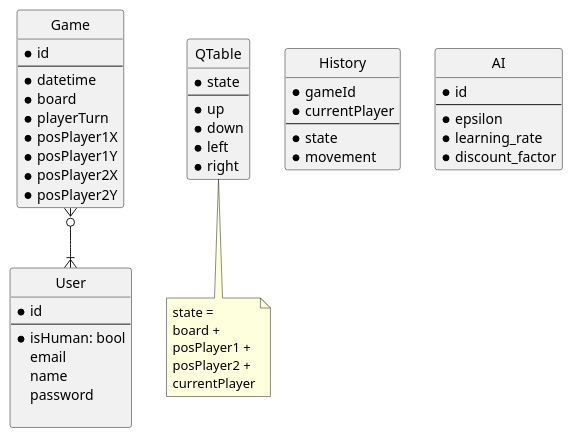
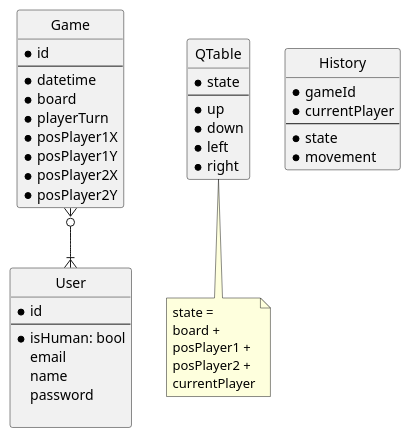
One commit to vsantele/IG3-projet-ia changed the diagram in schema/DB.puml. Above: the diagram before and after it, drawn with PlantUML.

Commit message:
remove AI table

```diff
--- a/schema/DB.puml
+++ b/schema/DB.puml
@@ -1,74 +1,67 @@
 @startuml database
 
 hide circle
 
 entity Game{
     *id
     --
     *datetime
     *board
     *playerTurn
     *posPlayer1X
     *posPlayer1Y
     *posPlayer2X
     *posPlayer2Y
 }
 
 
 entity User{
     *id
     --
     *isHuman: bool
     email
     name
     password
 
 }
 
 entity QTable {
     *state
     --
     *up
     *down
     *left
     *right
 }
 note bottom
 state =
 board +
 posPlayer1 +
 posPlayer2 +
 currentPlayer
 end note
 
 entity History {
     *gameId
     *currentPlayer
     --
     *state
     *movement
 }
 
-entity AI {
-    *id
-    --
-    *epsilon
-    *learning_rate
-    *discount_factor
-}
 
 
 Game }o--|{ User
 ' note left
 ' à voir si on garde le
 ' Many To Many
 ' pour les relations
 ' --
 ' joachim :
 ' oui puisqu'on aura toujours
 ' soit 2 joueurs l'un contre l'autre -> 2
 ' soit 1 joueur contre ia -> 1
 ' soit 2 ia -> 0
 ' end note
 
 @enduml
```
